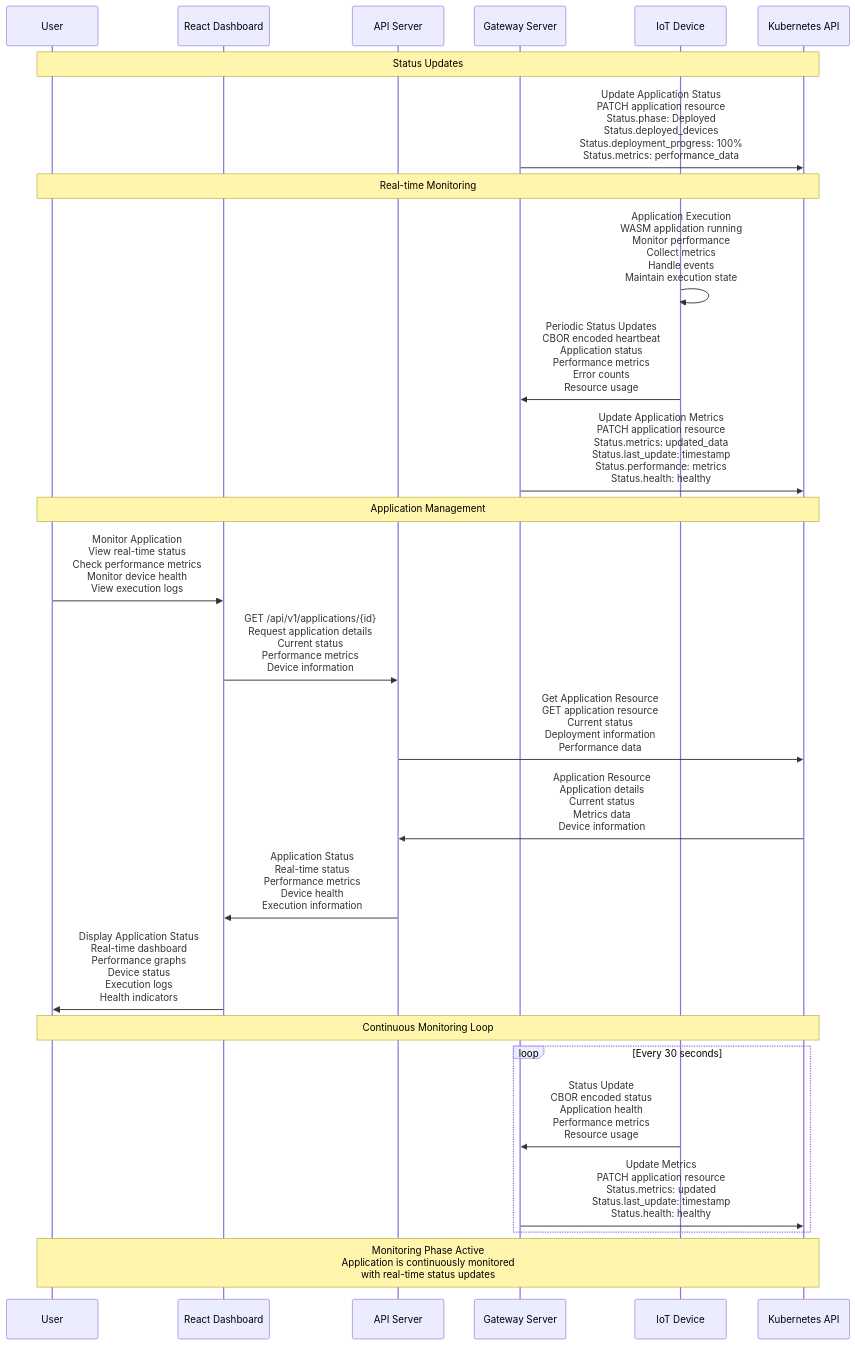
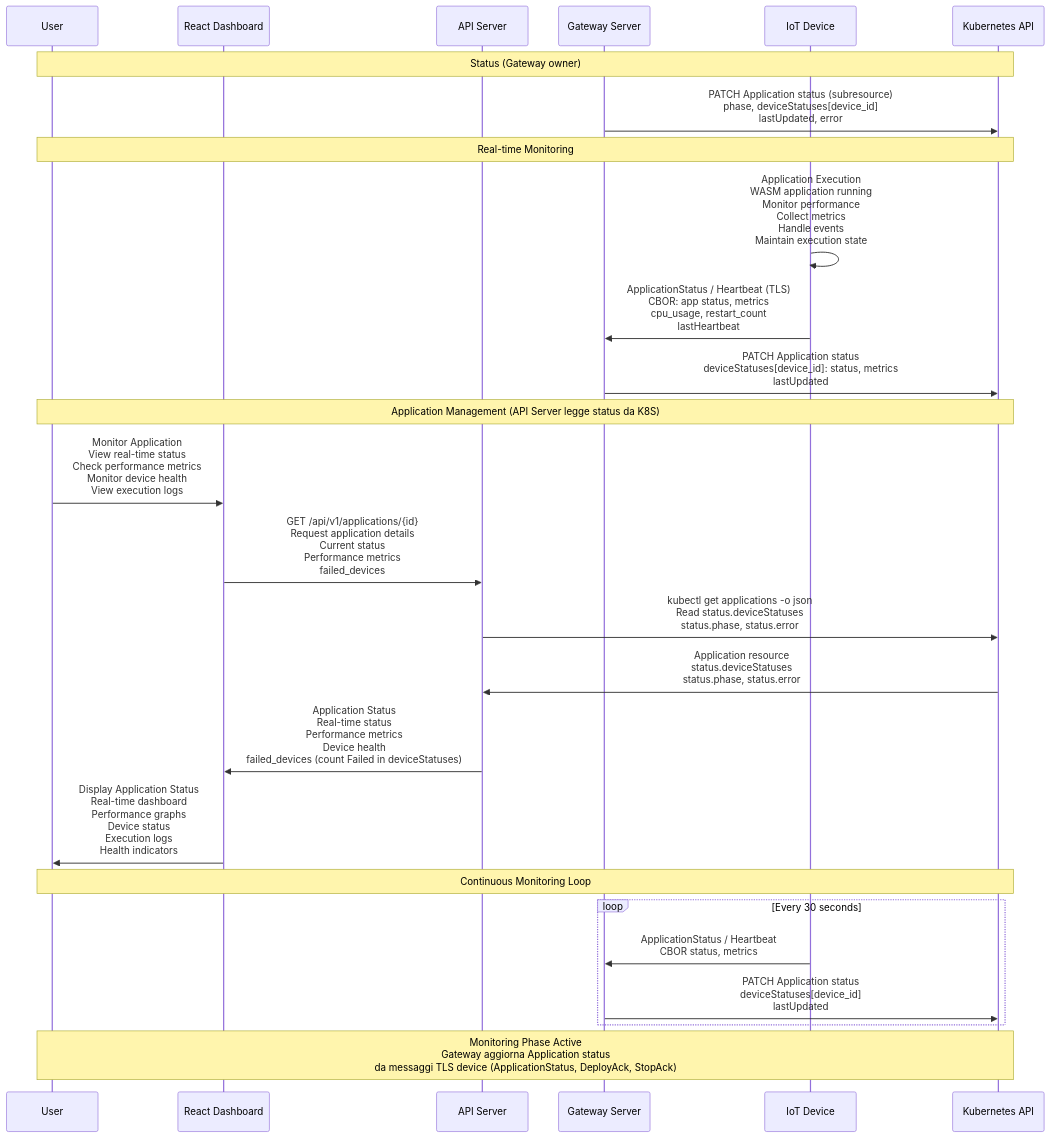
Diagram 11 of 13 in doc/SEQUENCE_DIAGRAMS.md (lucadagati/retrospect), drawn with Mermaid before and after one commit. The commit also changed other lines of this file and 39 other files, not shown here.

````diff
--- a/doc/SEQUENCE_DIAGRAMS.md
+++ b/doc/SEQUENCE_DIAGRAMS.md
@@ -474,37 +495,37 @@
 ```mermaid
 sequenceDiagram
     participant USER as User
     participant DASHBOARD as React Dashboard
     participant API_SERVER as API Server
     participant GATEWAY as Gateway Server
     participant DEVICE as IoT Device
     participant K8S_API as Kubernetes API
 
-    Note over USER,K8S_API: Status Updates
+    Note over USER,K8S_API: Status (Gateway owner)
 
-    GATEWAY->>K8S_API: Update Application Status<br/>PATCH application resource<br/>Status.phase: Deployed<br/>Status.deployed_devices<br/>Status.deployment_progress: 100%<br/>Status.metrics: performance_data
+    GATEWAY->>K8S_API: PATCH Application status (subresource)<br/>phase, deviceStatuses[device_id]<br/>lastUpdated, error
 
     Note over USER,K8S_API: Real-time Monitoring
 
     DEVICE->>DEVICE: Application Execution<br/>WASM application running<br/>Monitor performance<br/>Collect metrics<br/>Handle events<br/>Maintain execution state
-    DEVICE->>GATEWAY: Periodic Status Updates<br/>CBOR encoded heartbeat<br/>Application status<br/>Performance metrics<br/>Error counts<br/>Resource usage
-    GATEWAY->>K8S_API: Update Application Metrics<br/>PATCH application resource<br/>Status.metrics: updated_data<br/>Status.last_update: timestamp<br/>Status.performance: metrics<br/>Status.health: healthy
+    DEVICE->>GATEWAY: ApplicationStatus / Heartbeat (TLS)<br/>CBOR: app status, metrics<br/>cpu_usage, restart_count<br/>lastHeartbeat
+    GATEWAY->>K8S_API: PATCH Application status<br/>deviceStatuses[device_id]: status, metrics<br/>lastUpdated
 
-    Note over USER,K8S_API: Application Management
+    Note over USER,K8S_API: Application Management (API Server legge status da K8S)
 
     USER->>DASHBOARD: Monitor Application<br/>View real-time status<br/>Check performance metrics<br/>Monitor device health<br/>View execution logs
-    DASHBOARD->>API_SERVER: GET /api/v1/applications/{id}<br/>Request application details<br/>Current status<br/>Performance metrics<br/>Device information
-    API_SERVER->>K8S_API: Get Application Resource<br/>GET application resource<br/>Current status<br/>Deployment information<br/>Performance data
-    K8S_API->>API_SERVER: Application Resource<br/>Application details<br/>Current status<br/>Metrics data<br/>Device information
-    API_SERVER->>DASHBOARD: Application Status<br/>Real-time status<br/>Performance metrics<br/>Device health<br/>Execution information
+    DASHBOARD->>API_SERVER: GET /api/v1/applications/{id}<br/>Request application details<br/>Current status<br/>Performance metrics<br/>failed_devices
+    API_SERVER->>K8S_API: kubectl get applications -o json<br/>Read status.deviceStatuses<br/>status.phase, status.error
+    K8S_API->>API_SERVER: Application resource<br/>status.deviceStatuses<br/>status.phase, status.error
+    API_SERVER->>DASHBOARD: Application Status<br/>Real-time status<br/>Performance metrics<br/>Device health<br/>failed_devices (count Failed in deviceStatuses)
     DASHBOARD->>USER: Display Application Status<br/>Real-time dashboard<br/>Performance graphs<br/>Device status<br/>Execution logs<br/>Health indicators
 
     Note over USER,K8S_API: Continuous Monitoring Loop
 
     loop Every 30 seconds
-        DEVICE->>GATEWAY: Status Update<br/>CBOR encoded status<br/>Application health<br/>Performance metrics<br/>Resource usage
-        GATEWAY->>K8S_API: Update Metrics<br/>PATCH application resource<br/>Status.metrics: updated<br/>Status.last_update: timestamp<br/>Status.health: healthy
+        DEVICE->>GATEWAY: ApplicationStatus / Heartbeat<br/>CBOR status, metrics
+        GATEWAY->>K8S_API: PATCH Application status<br/>deviceStatuses[device_id]<br/>lastUpdated
     end
 
-    Note over USER,K8S_API: Monitoring Phase Active<br/>Application is continuously monitored<br/>with real-time status updates
+    Note over USER,K8S_API: Monitoring Phase Active<br/>Gateway aggiorna Application status<br/>da messaggi TLS device (ApplicationStatus, DeployAck, StopAck)
 ```
````
